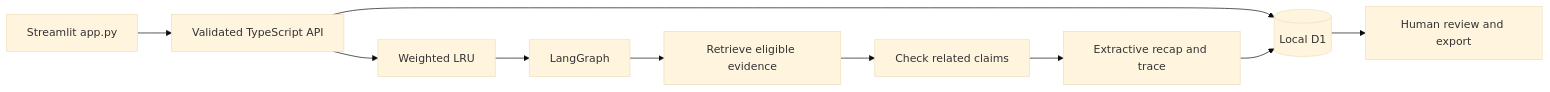
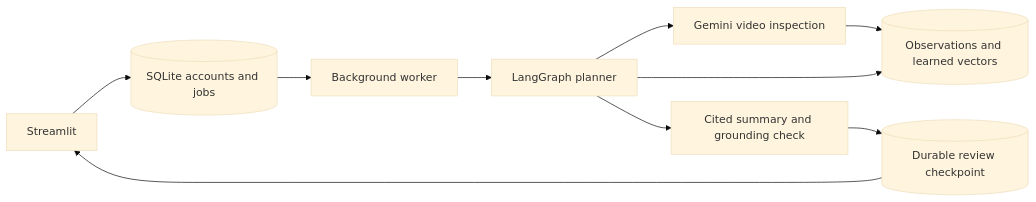
One commit to sivalinb/racetime-copilot changed the diagram in docs/architecture.md. Above: the diagram before and after it, drawn with Mermaid (base theme). The commit also changed other lines of this file and 43 other files, not shown here.

Commit message:
Add local Gemini video workspace, durable agent jobs and reviewed validation status

````diff
--- a/docs/architecture.md
+++ b/docs/architecture.md
@@ -3,12 +3,12 @@
 ```mermaid
 flowchart LR
-  UI[Streamlit app.py] --> API[Validated TypeScript API]
-  API --> Cache[Weighted LRU]
-  API --> DB[(Local D1)]
-  Cache --> Graph[LangGraph]
-  Graph --> Retrieve[Retrieve eligible evidence]
-  Retrieve --> Check[Check related claims]
-  Check --> Result[Extractive recap and trace]
-  Result --> DB
-  DB --> Review[Human review and export]
+  UI[Streamlit] --> Queue[(SQLite accounts and jobs)]
+  Queue --> Worker[Background worker]
+  Worker --> Graph[LangGraph planner]
+  Graph --> Video[Gemini video inspection]
+  Video --> Evidence[(Observations and learned vectors)]
+  Graph --> Evidence
+  Graph --> Summary[Cited summary and grounding check]
+  Summary --> Pause[(Durable review checkpoint)]
+  Pause --> UI
 ```
````
